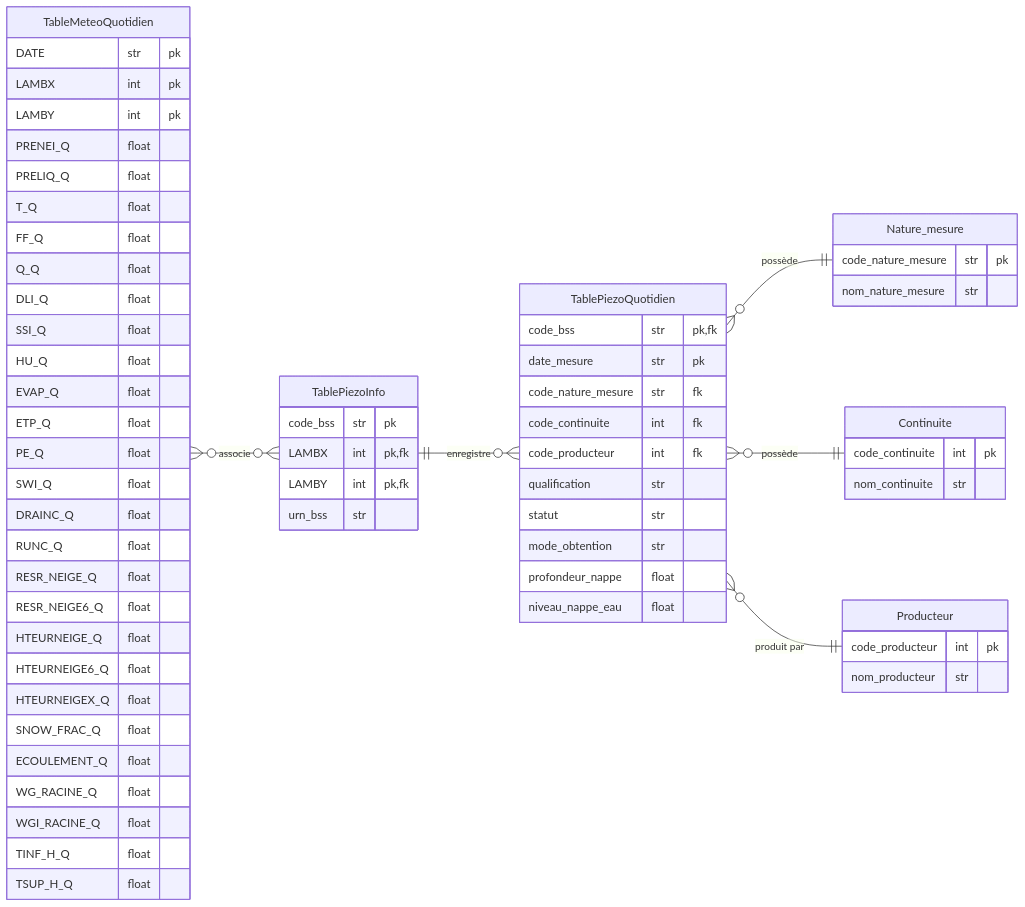
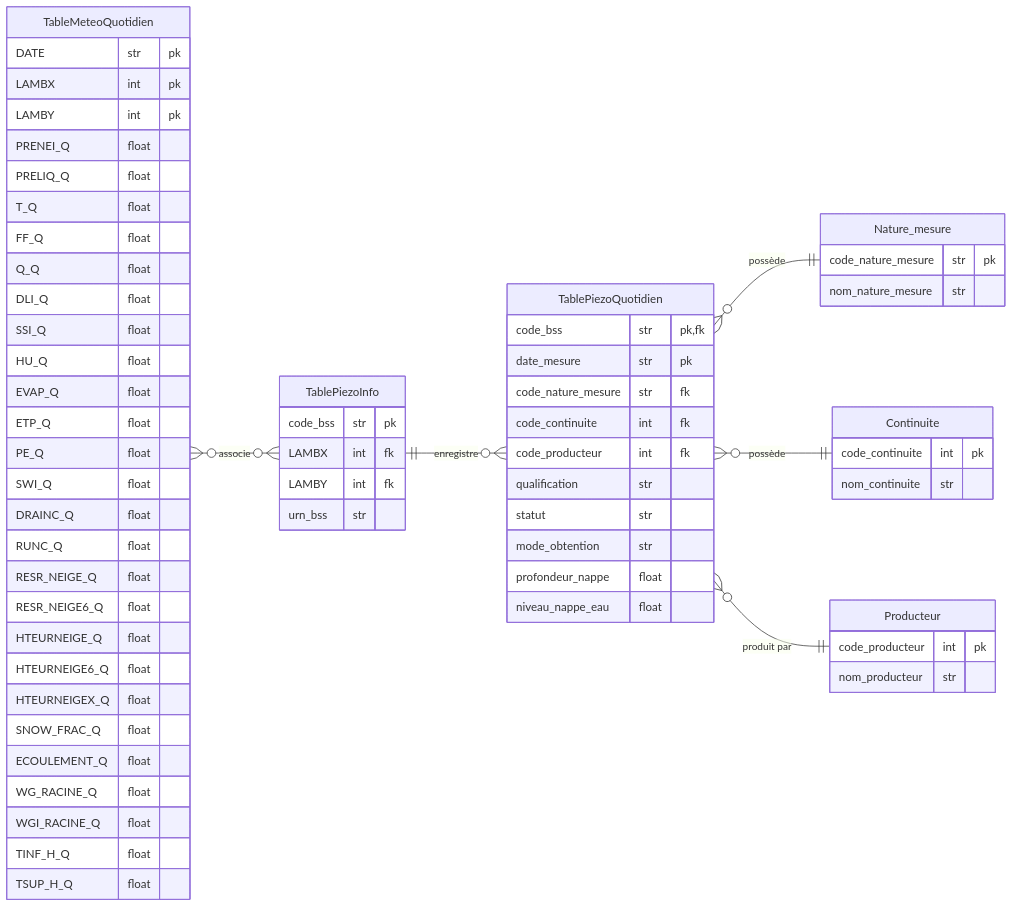
Before and after one commit to StevenDelval/Projet_certification_data_engineer: the diagram in schemas/schema_base_de_donnees.md, drawn with Mermaid.

Commit message:
change pk,fk to fk

````diff
--- a/schemas/schema_base_de_donnees.md
+++ b/schemas/schema_base_de_donnees.md
@@ -1,73 +1,73 @@
 ```mermaid
 erDiagram
     direction LR
     
     TableMeteoQuotidien {
         DATE str pk
         LAMBX int pk
         LAMBY int pk
         PRENEI_Q float
         PRELIQ_Q float
         T_Q float
         FF_Q float
         Q_Q float
         DLI_Q float
         SSI_Q float
         HU_Q float
         EVAP_Q float
         ETP_Q float
         PE_Q float
         SWI_Q float
         DRAINC_Q float
         RUNC_Q float
         RESR_NEIGE_Q float
         RESR_NEIGE6_Q float
         HTEURNEIGE_Q float
         HTEURNEIGE6_Q float
         HTEURNEIGEX_Q float
         SNOW_FRAC_Q float
         ECOULEMENT_Q float
         WG_RACINE_Q float
         WGI_RACINE_Q float
         TINF_H_Q float
         TSUP_H_Q float
     }
 
     TablePiezoQuotidien {
         code_bss str pk,fk
         date_mesure str pk
         code_nature_mesure str fk
         code_continuite int fk
         code_producteur int fk 
         qualification str
         statut str
         mode_obtention str
         profondeur_nappe float
         niveau_nappe_eau float
     }
     Nature_mesure {
         code_nature_mesure str pk
         nom_nature_mesure str
     }
     Continuite {
         code_continuite int pk
         nom_continuite str
     }
     Producteur {
         code_producteur int pk
         nom_producteur str
     }
 
     TablePiezoInfo {
         code_bss str pk
-        LAMBX int pk,fk
-        LAMBY int pk,fk
+        LAMBX int fk
+        LAMBY int fk
         urn_bss str
     }
 
     TableMeteoQuotidien many to many TablePiezoInfo : "associe"
     TablePiezoInfo 1 to many TablePiezoQuotidien : "enregistre"
     TablePiezoQuotidien many to 1 Nature_mesure : "possède"
     TablePiezoQuotidien many to 1 Continuite : "possède"
     TablePiezoQuotidien many to 1 Producteur : "produit par"
 ```
````
